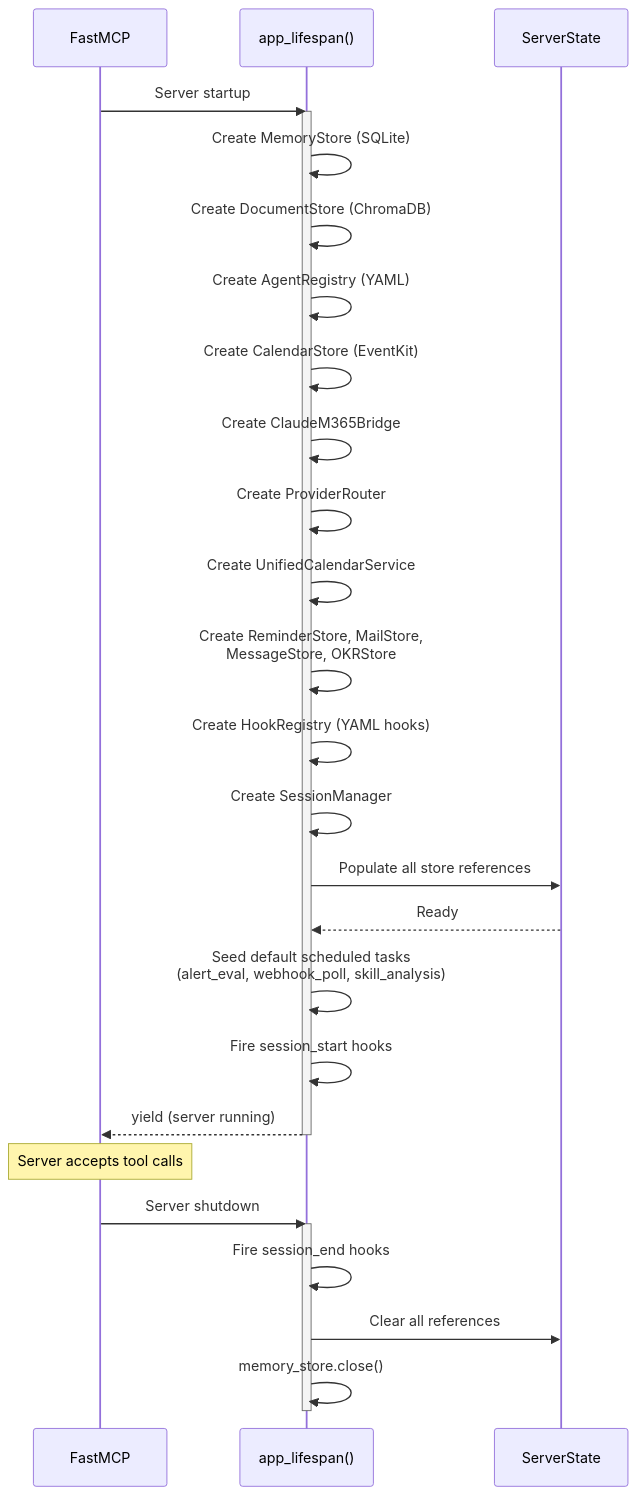
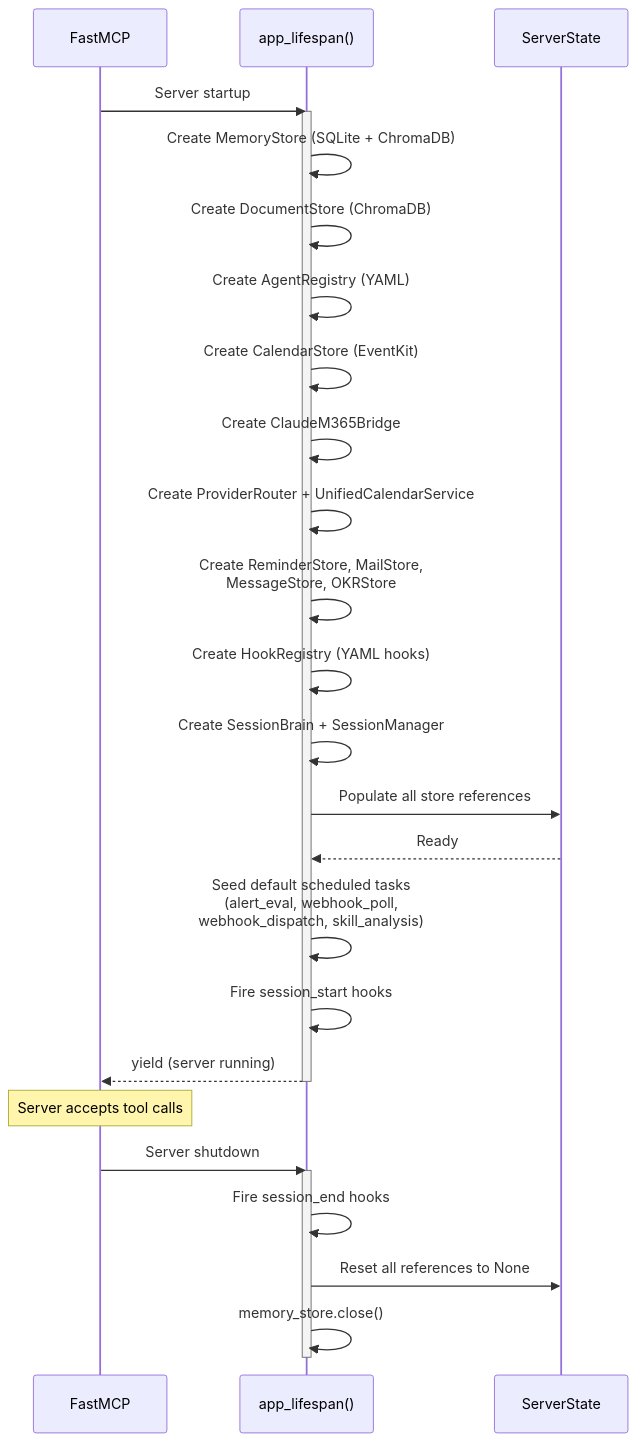
The third of 18 diagrams in docs/architecture.md (jrichyrich/chief-of-staff), drawn with Mermaid before and after one commit. The commit also changed other lines of this file and 9 other files, not shown here.

First line of the commit message:
docs: comprehensive documentation overhaul with architecture diagrams and ADRs

````diff
--- a/docs/architecture.md
+++ b/docs/architecture.md
@@ -250,38 +277,37 @@
 ```mermaid
 sequenceDiagram
     participant FastMCP as FastMCP
     participant Lifespan as app_lifespan()
     participant State as ServerState
 
     FastMCP->>Lifespan: Server startup
     activate Lifespan
 
-    Lifespan->>Lifespan: Create MemoryStore (SQLite)
+    Lifespan->>Lifespan: Create MemoryStore (SQLite + ChromaDB)
     Lifespan->>Lifespan: Create DocumentStore (ChromaDB)
     Lifespan->>Lifespan: Create AgentRegistry (YAML)
     Lifespan->>Lifespan: Create CalendarStore (EventKit)
     Lifespan->>Lifespan: Create ClaudeM365Bridge
-    Lifespan->>Lifespan: Create ProviderRouter
-    Lifespan->>Lifespan: Create UnifiedCalendarService
+    Lifespan->>Lifespan: Create ProviderRouter + UnifiedCalendarService
     Lifespan->>Lifespan: Create ReminderStore, MailStore,<br/>MessageStore, OKRStore
     Lifespan->>Lifespan: Create HookRegistry (YAML hooks)
-    Lifespan->>Lifespan: Create SessionManager
+    Lifespan->>Lifespan: Create SessionBrain + SessionManager
 
     Lifespan->>State: Populate all store references
     State-->>Lifespan: Ready
 
-    Lifespan->>Lifespan: Seed default scheduled tasks<br/>(alert_eval, webhook_poll, skill_analysis)
+    Lifespan->>Lifespan: Seed default scheduled tasks<br/>(alert_eval, webhook_poll,<br/>webhook_dispatch, skill_analysis)
     Lifespan->>Lifespan: Fire session_start hooks
 
     Lifespan-->>FastMCP: yield (server running)
     deactivate Lifespan
 
     Note over FastMCP: Server accepts tool calls
 
     FastMCP->>Lifespan: Server shutdown
     activate Lifespan
     Lifespan->>Lifespan: Fire session_end hooks
-    Lifespan->>State: Clear all references
+    Lifespan->>State: Reset all references to None
     Lifespan->>Lifespan: memory_store.close()
     deactivate Lifespan
 ```
````
